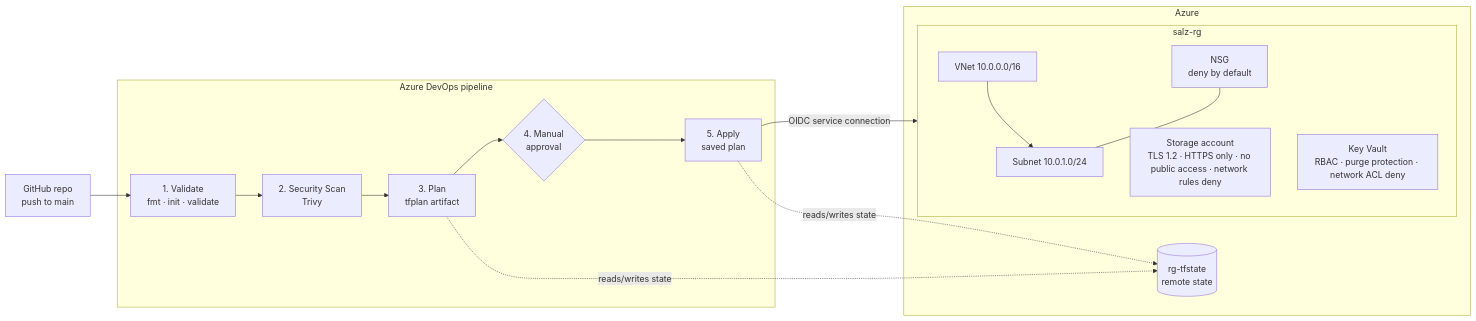
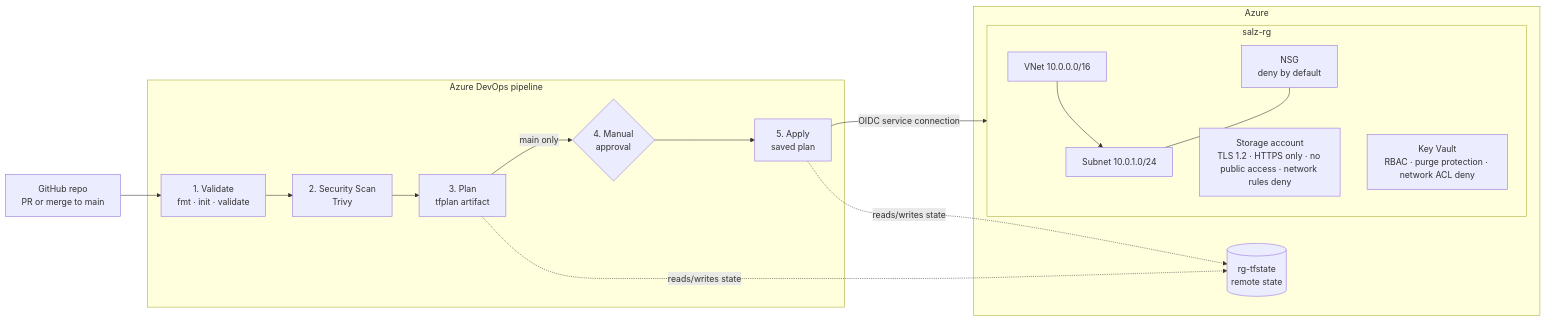
The diagram in docs/README.md (charles-goodsir/secure-azure-landing-zone), drawn with Mermaid before and after one commit. The commit also changed other lines of this file and 2 other files, not shown here.

Commit message:
Document PR validation and skip CI runs for docs-only merges

````diff
--- a/docs/README.md
+++ b/docs/README.md
@@ -22,26 +22,26 @@
 ```mermaid
 flowchart LR
-    GH[GitHub repo<br/>push to main] --> V
+    GH[GitHub repo<br/>PR or merge to main] --> V
 
     subgraph ADO[Azure DevOps pipeline]
         V[1. Validate<br/>fmt · init · validate] --> S[2. Security Scan<br/>Trivy]
         S --> P[3. Plan<br/>tfplan artifact]
-        P --> A{4. Manual<br/>approval}
+        P -- main only --> A{4. Manual<br/>approval}
         A --> AP[5. Apply<br/>saved plan]
     end
 
     AP -- OIDC service connection --> RG
 
     subgraph Azure
         TS[(rg-tfstate<br/>remote state)]
         subgraph RG[salz-rg]
             VNET[VNet 10.0.0.0/16] --> SN[Subnet 10.0.1.0/24]
             NSG[NSG<br/>deny by default] --- SN
             ST[Storage account<br/>TLS 1.2 · HTTPS only · no public access · network rules deny]
             KV[Key Vault<br/>RBAC · purge protection · network ACL deny]
         end
     end
 
     P -. reads/writes state .-> TS
     AP -. reads/writes state .-> TS
 ```
````
